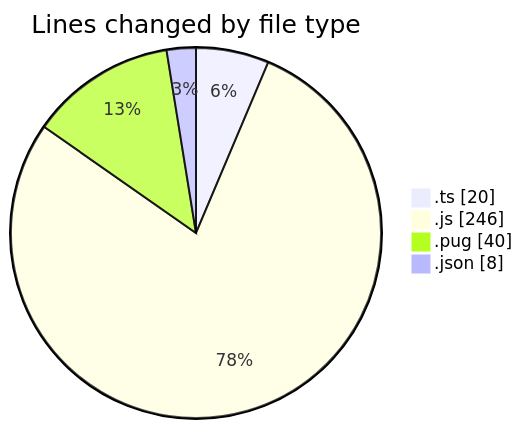
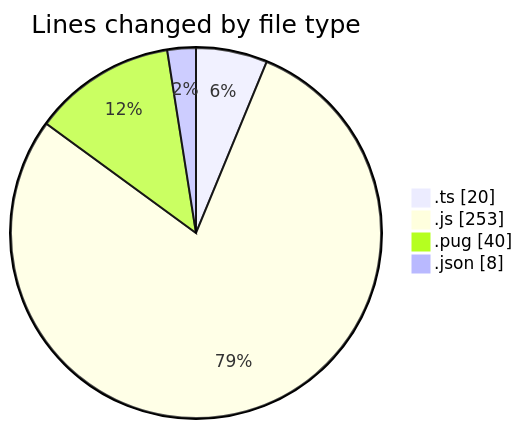
One commit to momahboobian/code-tracking changed the first of 2 diagrams in 2025-02-25/cda/README.md. Above: the diagram before and after it, drawn with Mermaid. The commit also changed other lines of this file and 1 other file, not shown here.

````diff
--- a/2025-02-25/cda/README.md
+++ b/2025-02-25/cda/README.md
@@ -25,8 +25,8 @@
 ```mermaid
 pie showData
 title Lines changed by file type
 ".ts" : 20
-".js" : 246
+".js" : 253
 ".pug" : 40
 ".json" : 8
 ```
````
